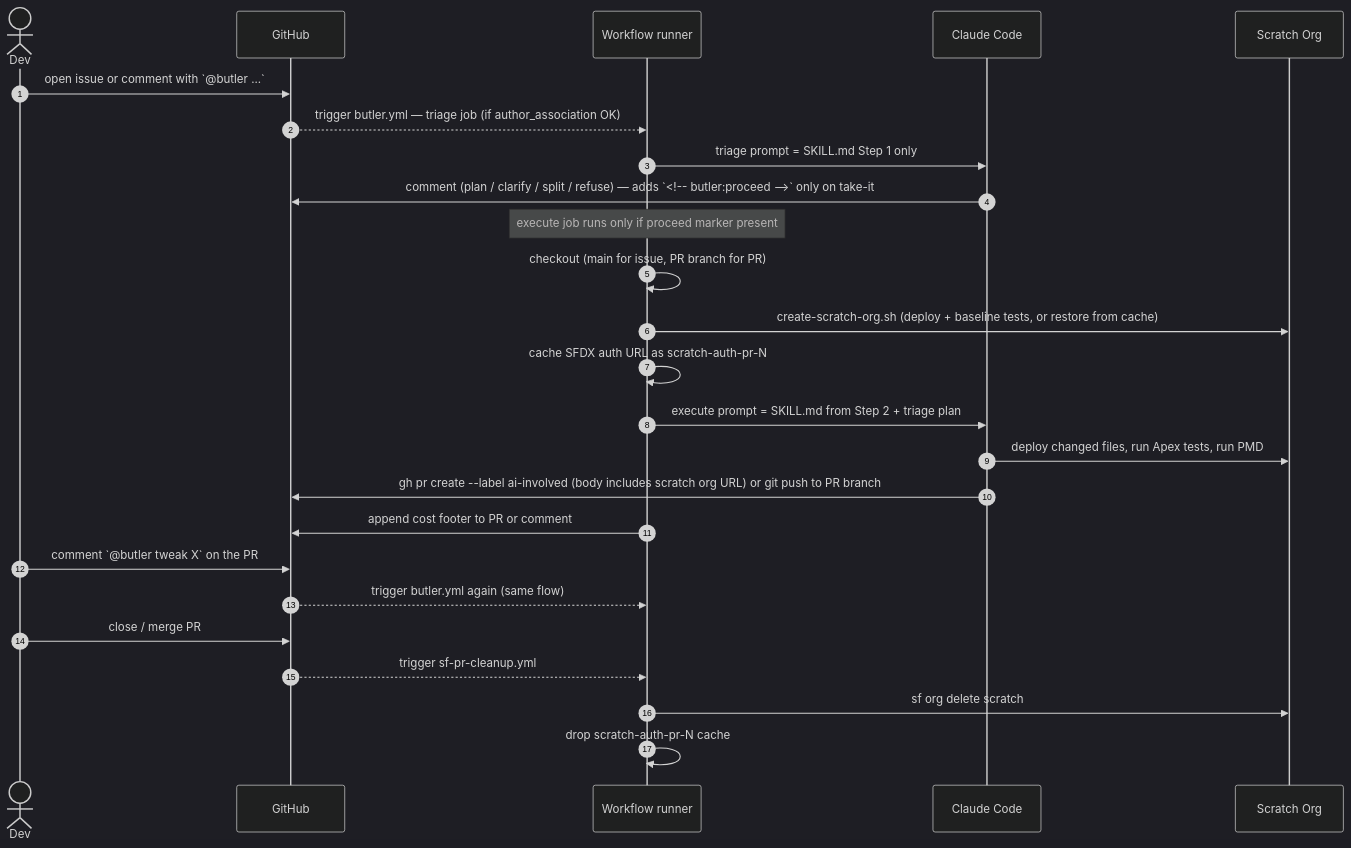
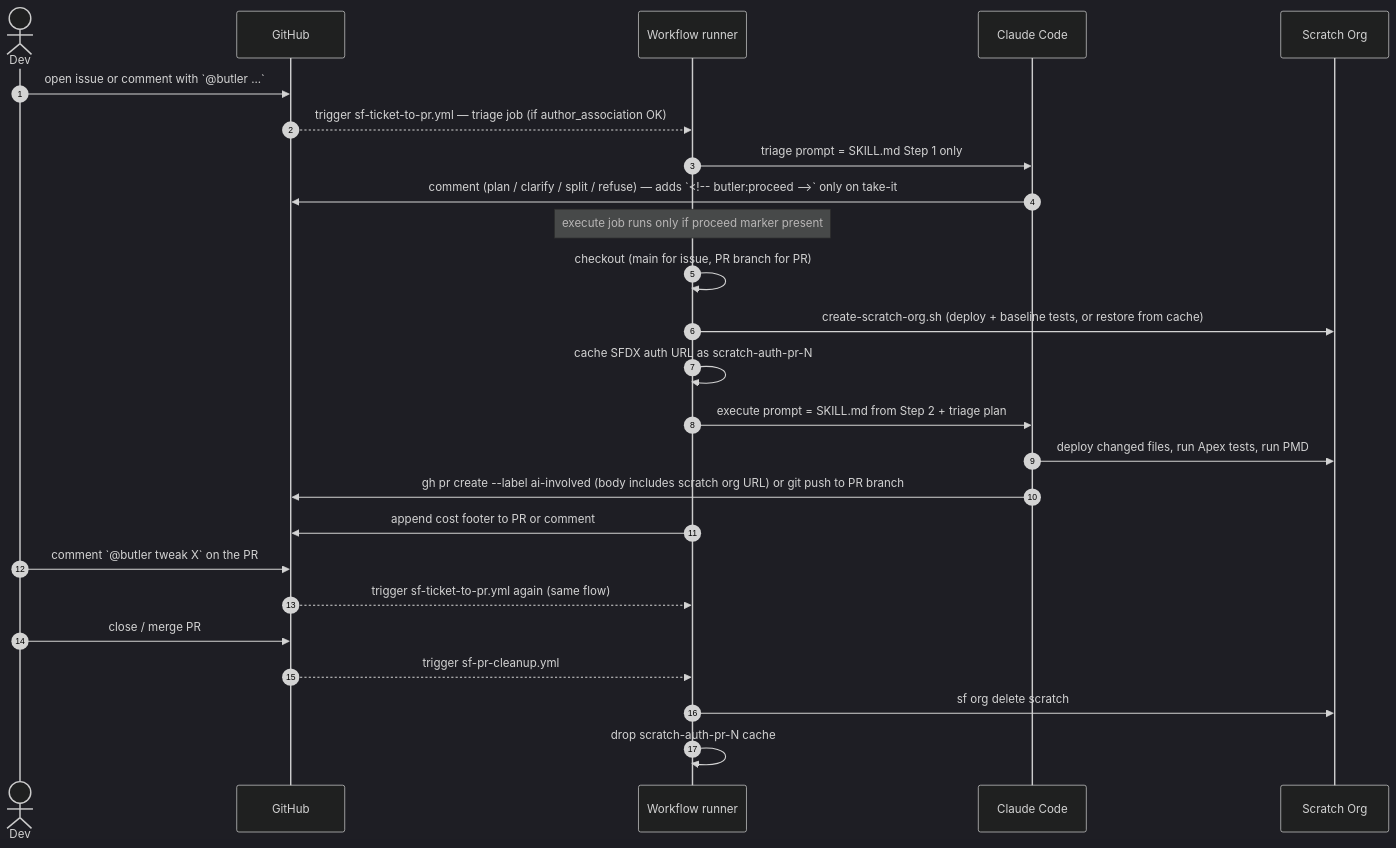
Before and after one commit to aquivalabs/my-org-butler: the diagram in .claude/skills/sf-ticket-to-pr/README.md, drawn with Mermaid (dark theme). The commit also changed other lines of this file and 4 other files, not shown here.

````diff
--- a/.claude/skills/sf-ticket-to-pr/README.md
+++ b/.claude/skills/sf-ticket-to-pr/README.md
@@ -36,31 +36,31 @@
 ```mermaid
 sequenceDiagram
     autonumber
     actor Dev
     participant GH as GitHub
     participant WF as Workflow runner
     participant CC as Claude Code
     participant Org as Scratch Org
 
     Dev->>GH: open issue or comment with `@butler ...`
-    GH-->>WF: trigger butler.yml — triage job (if author_association OK)
+    GH-->>WF: trigger sf-ticket-to-pr.yml — triage job (if author_association OK)
     WF->>CC: triage prompt = SKILL.md Step 1 only
     CC->>GH: comment (plan / clarify / split / refuse) — adds `<!-- butler:proceed -->` only on take-it
 
     Note over WF: execute job runs only if proceed marker present
     WF->>WF: checkout (main for issue, PR branch for PR)
     WF->>Org: create-scratch-org.sh (deploy + baseline tests, or restore from cache)
     WF->>WF: cache SFDX auth URL as scratch-auth-pr-N
     WF->>CC: execute prompt = SKILL.md from Step 2 + triage plan
     CC->>Org: deploy changed files, run Apex tests, run PMD
     CC->>GH: gh pr create --label ai-involved (body includes scratch org URL) or git push to PR branch
     WF->>GH: append cost footer to PR or comment
 
     Dev->>GH: comment `@butler tweak X` on the PR
-    GH-->>WF: trigger butler.yml again (same flow)
+    GH-->>WF: trigger sf-ticket-to-pr.yml again (same flow)
 
     Dev->>GH: close / merge PR
     GH-->>WF: trigger sf-pr-cleanup.yml
     WF->>Org: sf org delete scratch
     WF->>WF: drop scratch-auth-pr-N cache
 ```
````
